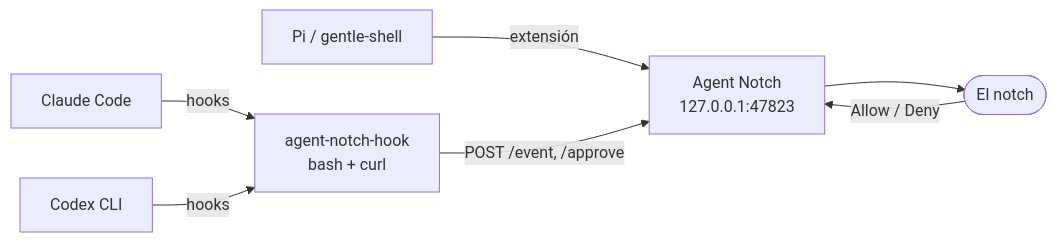
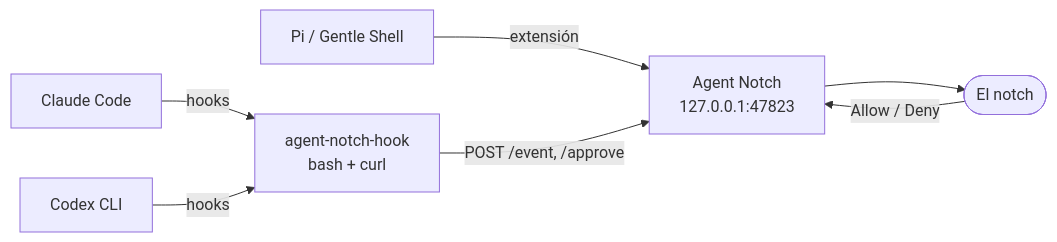
Before and after one commit to enderdev01/agent-notch: the diagram in README.es.md, drawn with Mermaid. The commit also changed other lines of this file and 9 other files, not shown here.

Commit message:
feat: rename the Pi agent to Gentle Shell in the UI and docs

````diff
--- a/README.es.md
+++ b/README.es.md
@@ -106,9 +106,9 @@
 ```mermaid
 flowchart LR
     C["Claude Code"] -- hooks --> B["agent-notch-hook<br/>bash + curl"]
     X["Codex CLI"] -- hooks --> B
-    P["Pi / gentle-shell"] -- extensión --> S
+    P["Pi / Gentle Shell"] -- extensión --> S
     B -- "POST /event, /approve" --> S["Agent Notch<br/>127.0.0.1:47823"]
     S --> N(["El notch"])
     N -- "Allow / Deny" --> S
 ```
````
